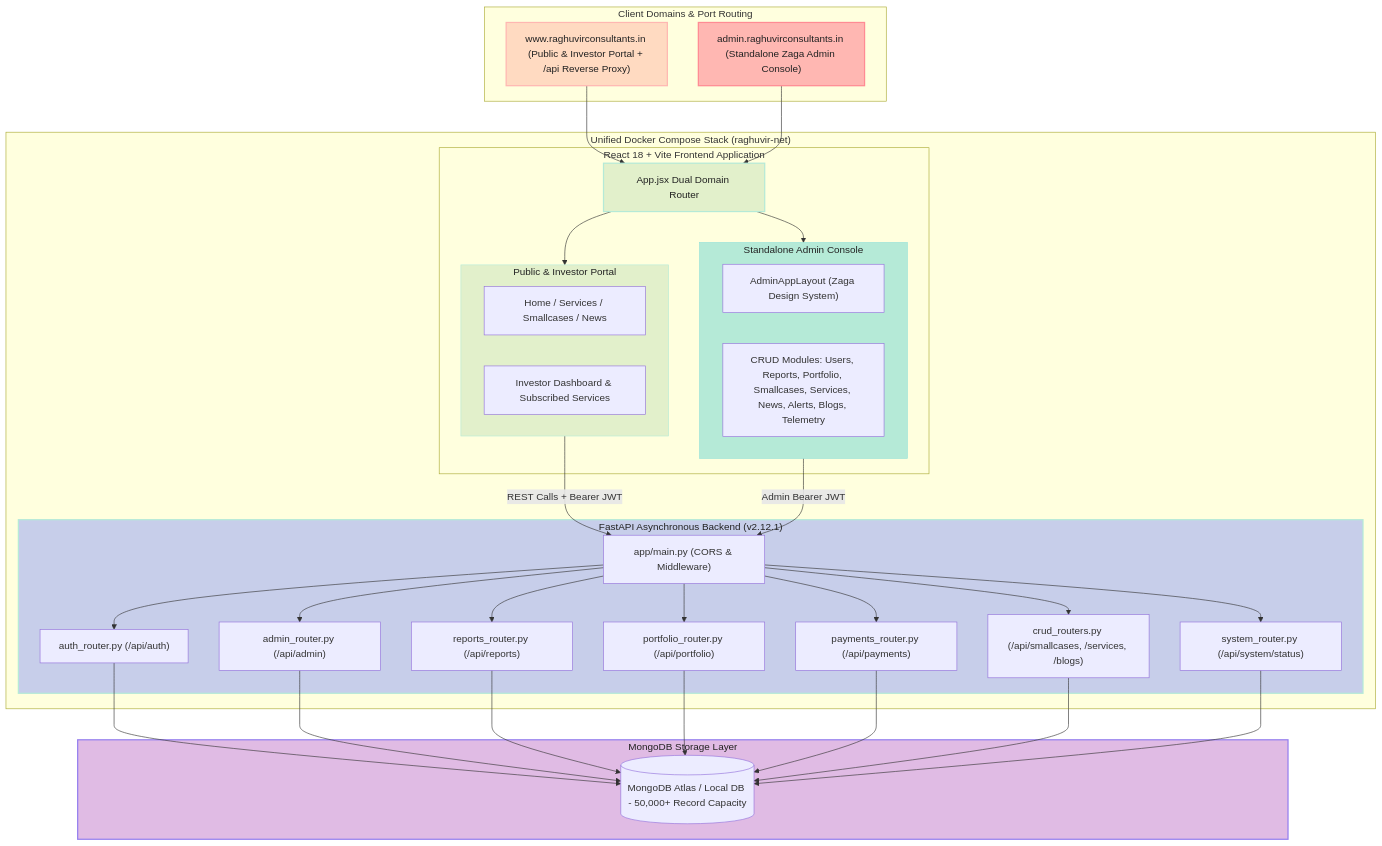
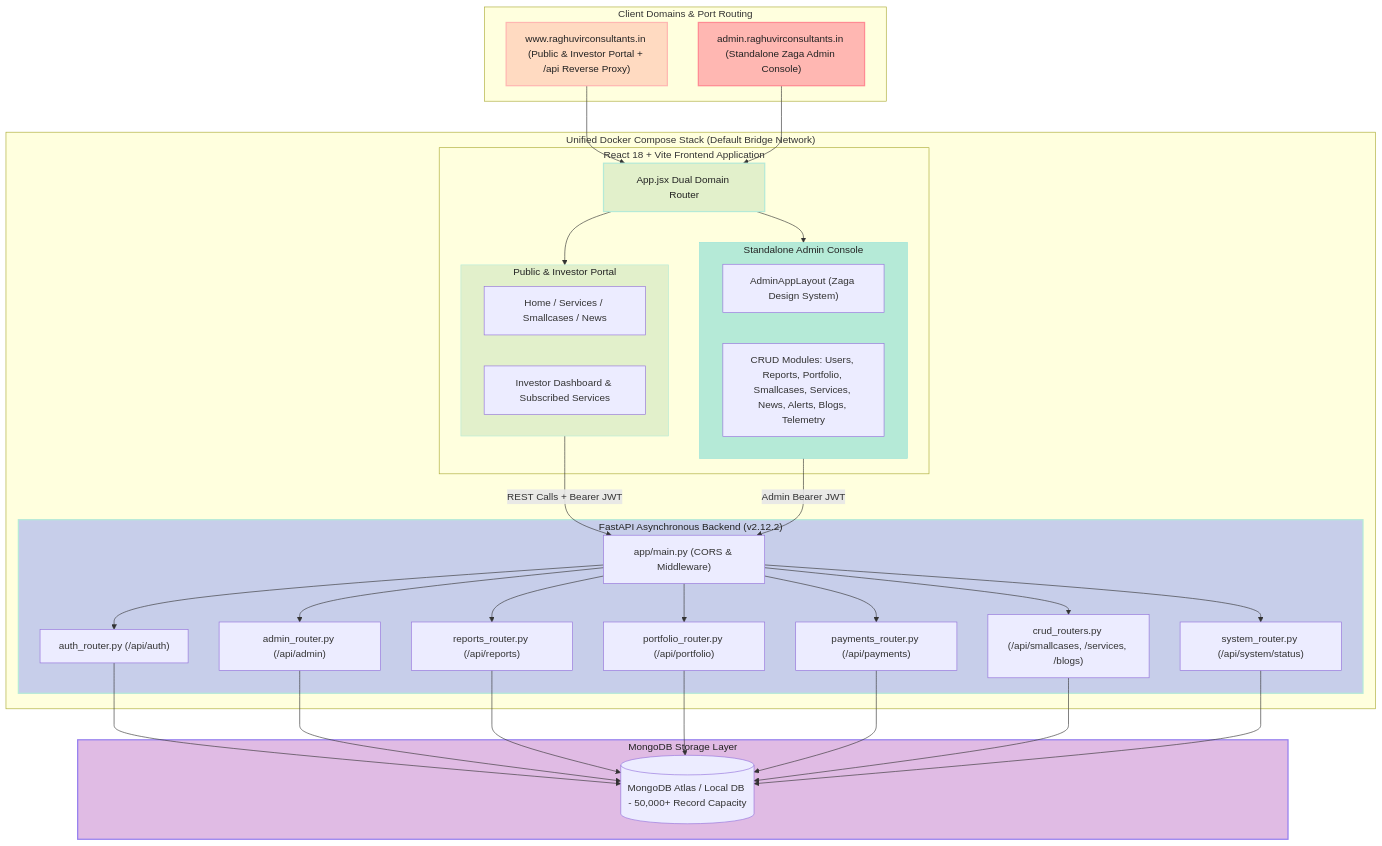
One commit to tejasrsuthar/raghuvirconsultants-site changed the first of 2 diagrams in backend/docs/ARCHITECTURE.md. Above: the diagram before and after it, drawn with Mermaid. The commit also changed other lines of this file and 7 other files, not shown here.

Commit message:
fix(orchestration): remove custom isolated network and use standard default network, bump version to 2.12.2

````diff
--- a/backend/docs/ARCHITECTURE.md
+++ b/backend/docs/ARCHITECTURE.md
@@ -14,72 +14,72 @@
 ```mermaid
 graph TD
     subgraph ClientDomains["Client Domains & Port Routing"]
         PublicDomain["www.raghuvirconsultants.in (Public & Investor Portal + /api Reverse Proxy)"]
         AdminDomain["admin.raghuvirconsultants.in (Standalone Zaga Admin Console)"]
     end
 
-    subgraph ComposeStack["Unified Docker Compose Stack (raghuvir-net)"]
+    subgraph ComposeStack["Unified Docker Compose Stack (Default Bridge Network)"]
         subgraph ReactFrontend["React 18 + Vite Frontend Application"]
             AppRouter["App.jsx Dual Domain Router"]
             
             subgraph PublicPortal["Public & Investor Portal"]
               PublicViews["Home / Services / Smallcases / News"]
               InvestorPortal["Investor Dashboard & Subscribed Services"]
             end
 
             subgraph ZagaAdmin["Standalone Admin Console"]
               AdminLayout["AdminAppLayout (Zaga Design System)"]
               AdminModules["CRUD Modules: Users, Reports, Portfolio, Smallcases, Services, News, Alerts, Blogs, Telemetry"]
             end
         end
 
-        subgraph FastAPIServer["FastAPI Asynchronous Backend (v2.12.1)"]
+        subgraph FastAPIServer["FastAPI Asynchronous Backend (v2.12.2)"]
             API["app/main.py (CORS & Middleware)"]
             AuthRouter["auth_router.py (/api/auth)"]
             AdminRouter["admin_router.py (/api/admin)"]
             ReportsRouter["reports_router.py (/api/reports)"]
             PortfolioRouter["portfolio_router.py (/api/portfolio)"]
             PaymentsRouter["payments_router.py (/api/payments)"]
             CRUDRouters["crud_routers.py (/api/smallcases, /services, /blogs)"]
             SystemRouter["system_router.py (/api/system/status)"]
         end
     end
 
     subgraph DataStore["MongoDB Storage Layer"]
         MongoDB[(MongoDB Atlas / Local DB - 50,000+ Record Capacity)]
     end
 
     PublicDomain --> AppRouter
     AdminDomain --> AppRouter
 
     AppRouter --> PublicPortal
     AppRouter --> ZagaAdmin
 
     PublicPortal -->|REST Calls + Bearer JWT| API
     ZagaAdmin -->|Admin Bearer JWT| API
 
     API --> AuthRouter
     API --> AdminRouter
     API --> ReportsRouter
     API --> PortfolioRouter
     API --> PaymentsRouter
     API --> CRUDRouters
     API --> SystemRouter
 
     AuthRouter --> MongoDB
     AdminRouter --> MongoDB
     ReportsRouter --> MongoDB
     PortfolioRouter --> MongoDB
     PaymentsRouter --> MongoDB
     CRUDRouters --> MongoDB
     SystemRouter --> MongoDB
 
     %% Pastel Color Palette Styling
     style PublicDomain fill:#FFDAC1,stroke:#FFB7B2,stroke-width:2px,color:#222;
     style AdminDomain fill:#FFB7B2,stroke:#FF8B94,stroke-width:2px,color:#222;
     style AppRouter fill:#E2F0CB,stroke:#B5EAD7,stroke-width:2px,color:#222;
     style PublicPortal fill:#E2F0CB,stroke:#B5EAD7,stroke-width:1px,color:#222;
     style ZagaAdmin fill:#B5EAD7,stroke:#93E1D8,stroke-width:1px,color:#222;
     style FastAPIServer fill:#C7CEEA,stroke:#B5EAD7,stroke-width:2px,color:#222;
     style DataStore fill:#E0BBE4,stroke:#957FEF,stroke-width:2px,color:#222;
 ```
````
